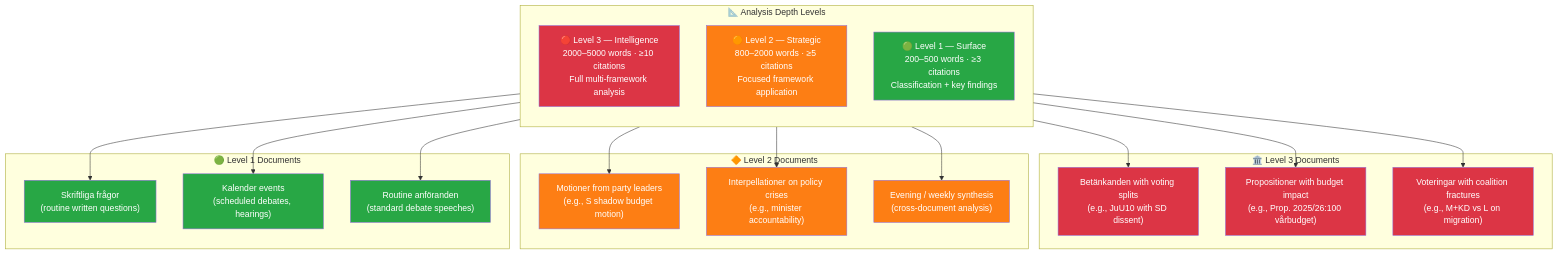
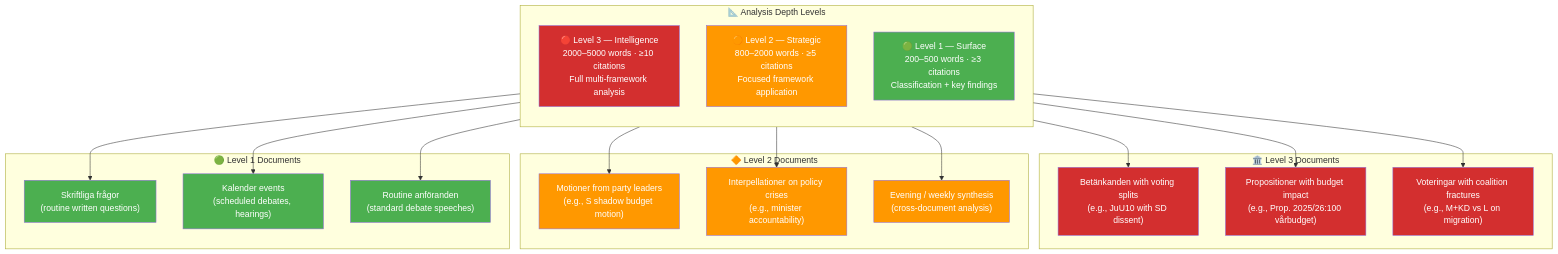
Before and after one commit to Hack23/riksdagsmonitor: the seventh of 11 diagrams in analysis/methodologies/ai-driven-analysis-guide.md, drawn with Mermaid. The commit also changed other lines of this file and 14 other files, not shown here.

First line of the commit message:
Align analysis/ mermaid diagrams with ISMS Style Guide palette and convert SWOT to quadrantChart

````diff
--- a/analysis/methodologies/ai-driven-analysis-guide.md
+++ b/analysis/methodologies/ai-driven-analysis-guide.md
@@ -816,50 +823,50 @@
 ```mermaid
 graph TD
     subgraph "📐 Analysis Depth Levels"
         direction TB
         L3["🔴 Level 3 — Intelligence<br/>2000–5000 words · ≥10 citations<br/>Full multi-framework analysis"]
         L2["🟠 Level 2 — Strategic<br/>800–2000 words · ≥5 citations<br/>Focused framework application"]
         L1["🟢 Level 1 — Surface<br/>200–500 words · ≥3 citations<br/>Classification + key findings"]
     end
 
     subgraph "🏛️ Level 3 Documents"
         L3A["Betänkanden with voting splits<br/>(e.g., JuU10 with SD dissent)"]
         L3B["Propositioner with budget impact<br/>(e.g., Prop. 2025/26:100 vårbudget)"]
         L3C["Voteringar with coalition fractures<br/>(e.g., M+KD vs L on migration)"]
     end
 
     subgraph "🔶 Level 2 Documents"
         L2A["Motioner from party leaders<br/>(e.g., S shadow budget motion)"]
         L2B["Interpellationer on policy crises<br/>(e.g., minister accountability)"]
         L2C["Evening / weekly synthesis<br/>(cross-document analysis)"]
     end
 
     subgraph "🟢 Level 1 Documents"
         L1A["Skriftliga frågor<br/>(routine written questions)"]
         L1B["Kalender events<br/>(scheduled debates, hearings)"]
         L1C["Routine anföranden<br/>(standard debate speeches)"]
     end
 
     L3 --> L3A
     L3 --> L3B
     L3 --> L3C
     L2 --> L2A
     L2 --> L2B
     L2 --> L2C
     L1 --> L1A
     L1 --> L1B
     L1 --> L1C
 
-    style L3 fill:#dc3545,color:#fff
-    style L2 fill:#fd7e14,color:#fff
-    style L1 fill:#28a745,color:#fff
-    style L3A fill:#dc3545,color:#fff
-    style L3B fill:#dc3545,color:#fff
-    style L3C fill:#dc3545,color:#fff
-    style L2A fill:#fd7e14,color:#fff
-    style L2B fill:#fd7e14,color:#fff
-    style L2C fill:#fd7e14,color:#fff
-    style L1A fill:#28a745,color:#fff
-    style L1B fill:#28a745,color:#fff
-    style L1C fill:#28a745,color:#fff
+    style L3 fill:#D32F2F,color:#FFFFFF
+    style L2 fill:#FF9800,color:#FFFFFF
+    style L1 fill:#4CAF50,color:#FFFFFF
+    style L3A fill:#D32F2F,color:#FFFFFF
+    style L3B fill:#D32F2F,color:#FFFFFF
+    style L3C fill:#D32F2F,color:#FFFFFF
+    style L2A fill:#FF9800,color:#FFFFFF
+    style L2B fill:#FF9800,color:#FFFFFF
+    style L2C fill:#FF9800,color:#FFFFFF
+    style L1A fill:#4CAF50,color:#FFFFFF
+    style L1B fill:#4CAF50,color:#FFFFFF
+    style L1C fill:#4CAF50,color:#FFFFFF
 ```
````
